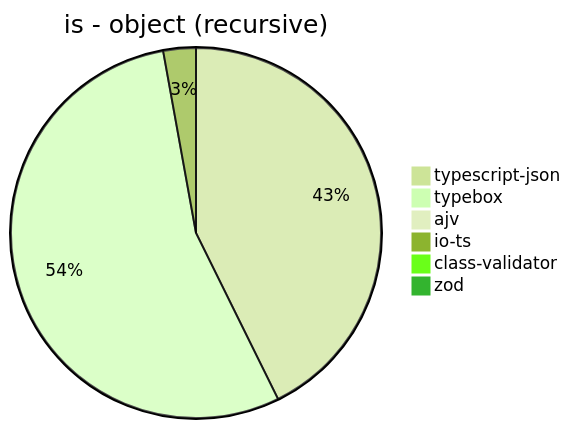
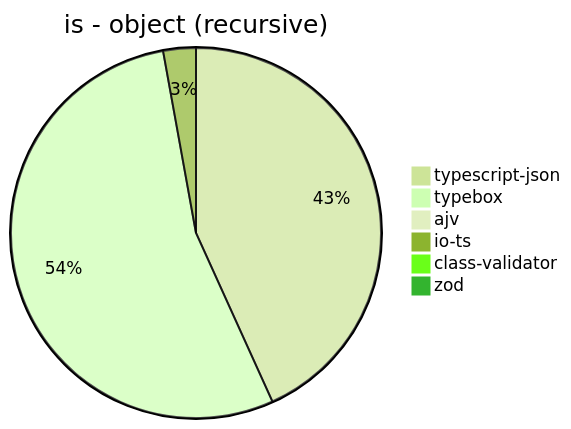
Before and after one commit to samchon/typia: the second of 39 diagrams in benchmark/results/11th Gen Intel(R) Core(TM) i5-1135G7 @ 2.40GHz.md, drawn with Mermaid (forest theme). The commit also changed other lines of this file and 7 other files, not shown here.

````diff
--- a/benchmark/results/11th Gen Intel(R) Core(TM) i5-1135G7 @ 2.40GHz.md
+++ b/benchmark/results/11th Gen Intel(R) Core(TM) i5-1135G7 @ 2.40GHz.md
@@ -32,9 +32,9 @@
 ```mermaid
 pie title is - object (recursive)
-  "typescript-json": 66304.31602048282
-  "typebox": 84578.3940547399
+  "typescript-json": 67586.9525041582
+  "typebox": 84318.91891891892
   "ajv": 0
-  "io-ts": 4415.937272064187
-  "class-validator": 40.39463886820551
-  "zod": 71.25581395348837
+  "io-ts": 4452.492944496707
+  "class-validator": 40.386803185438
+  "zod": 71.82422451994091
 ```
````
